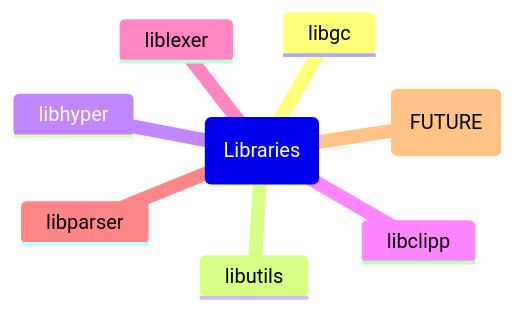
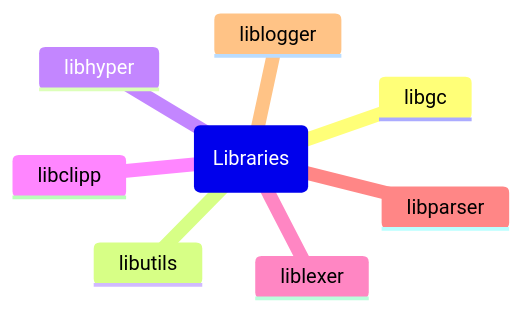
The diagram in README.md (frefolli/refolibs), drawn with Mermaid before and after one commit.

Commit message:
liblogger update

````diff
--- a/README.md
+++ b/README.md
@@ -5,11 +5,11 @@
 ```mermaid
 mindmap
   root(Libraries)
     libgc
     libutils
     libhyper
     libclipp
     liblexer
     libparser
-    liblogger (FUTURE)
+    liblogger
 ```
````
